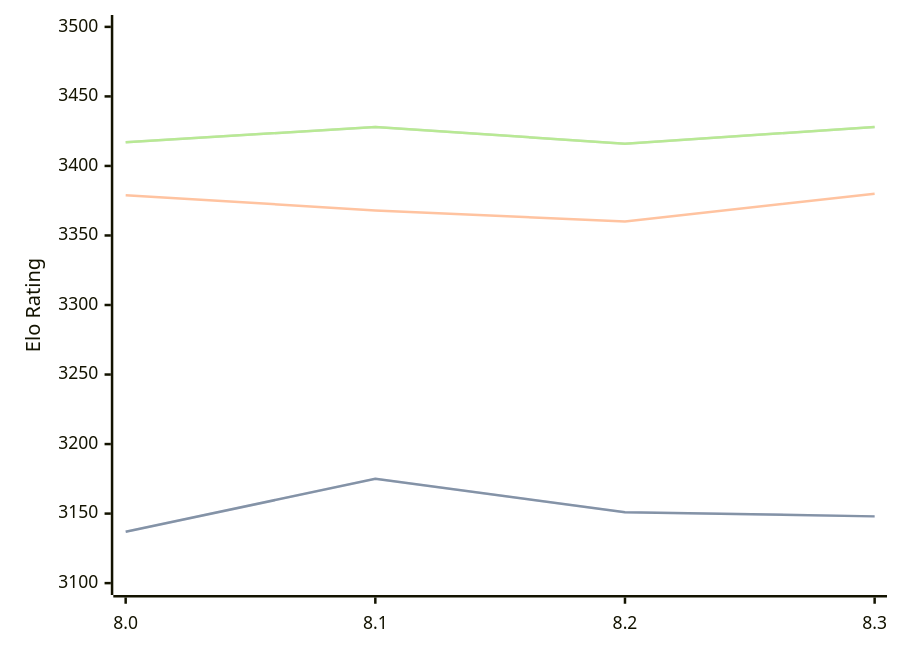
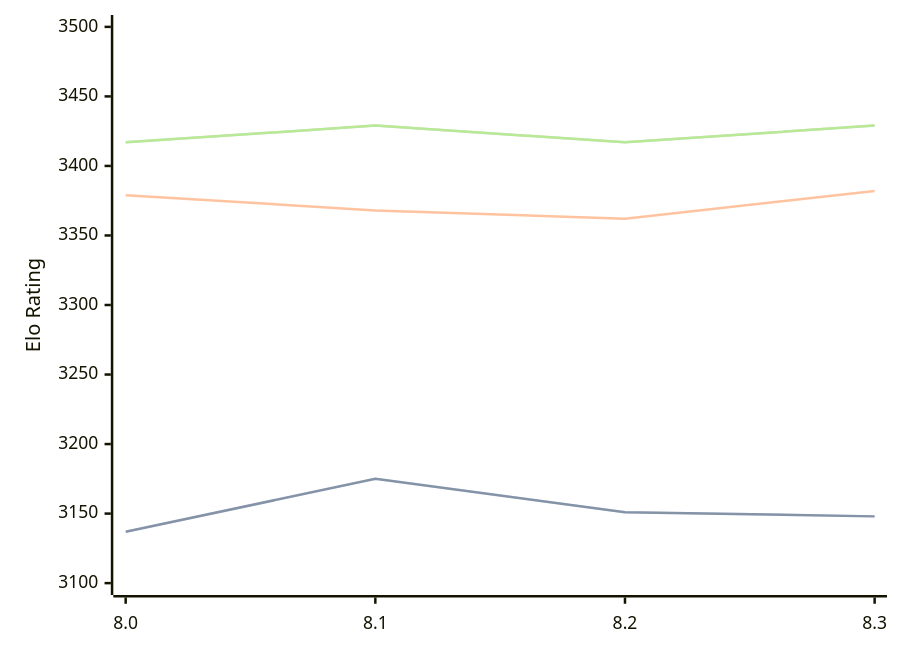
Before and after one commit to computer-chess-index/cci: the diagram in engines/Alexander.md, drawn with Mermaid. The commit also changed other lines of this file, not shown here.

Commit message:
Update CCI Ratings (ELO VLTC) - 2026-08-27

````diff
--- a/engines/Alexander.md
+++ b/engines/Alexander.md
@@ -34,11 +34,11 @@
 ```mermaid
 %%{init: {"theme":"base","themeVariables":{"seriesColors:['#a3a3a3','#222221','#faa371']}}}%%
 xychart-beta
   x-axis ["8.0", "8.1", "8.2", "8.3"]
   y-axis "Elo Rating" 3100 --> 3500
   line "STC (8.0+0.08s)" [3137, 3175, 3151, 3148]
   line "STC (8.0+0.08s)" [3137, 3175, 3151, 3148]
-  line "LTC (60.0+0.60s)" [3379, 3368, 3360, 3380]
-  line "VLTC (2m24s+1.12s)" [3417, 3428, 3416, 3428]
-  line "VLTC (2m24s+1.12s)" [3417, 3428, 3416, 3428]
+  line "LTC (60.0+0.60s)" [3379, 3368, 3362, 3382]
+  line "VLTC (2m24s+1.12s)" [3417, 3429, 3417, 3429]
+  line "VLTC (2m24s+1.12s)" [3417, 3429, 3417, 3429]
 ```
````
